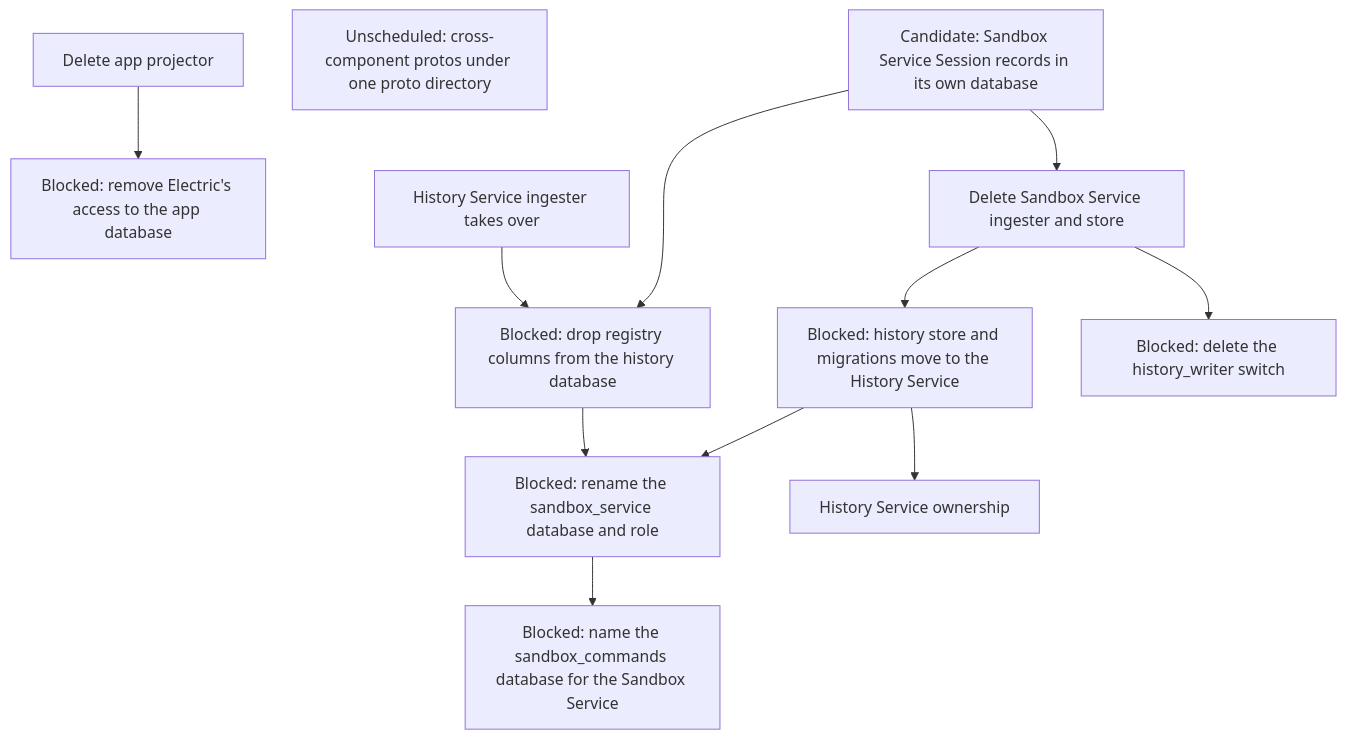
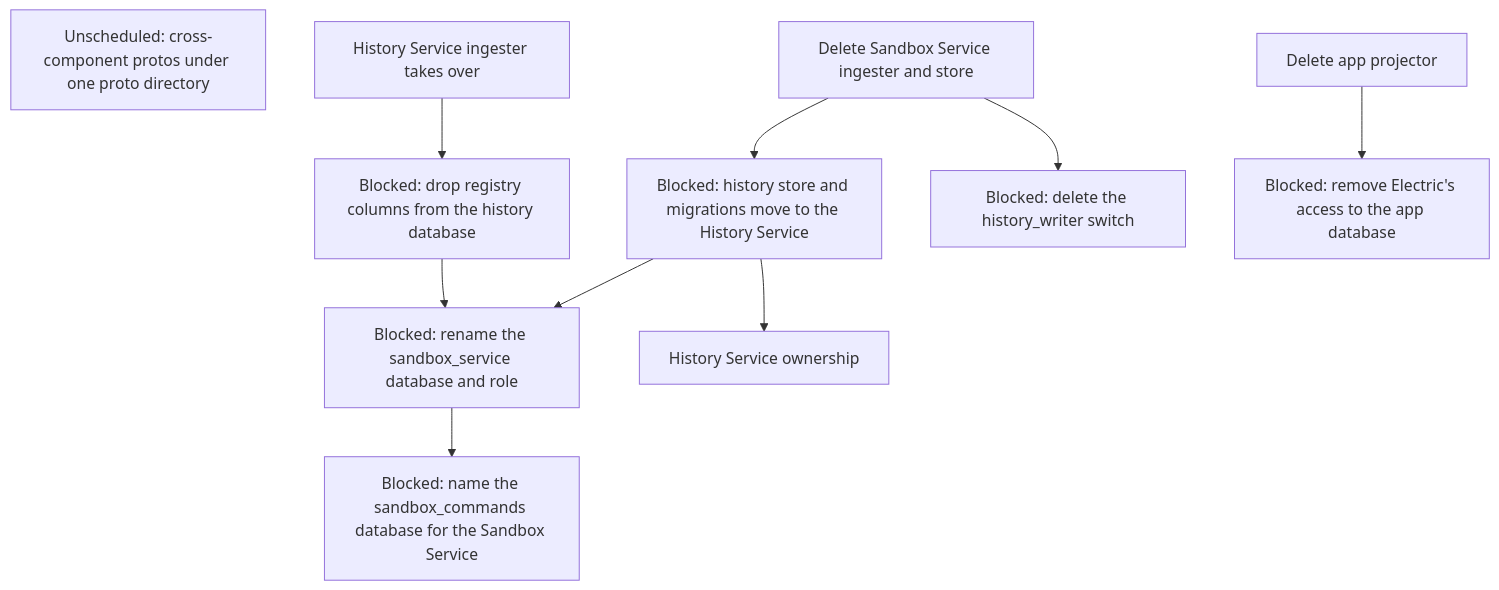
One commit to agentydragon/ducktape changed the tenth of 11 diagrams in agentplane/plans/task_dag.md. Above: the diagram before and after it, drawn with Mermaid. The commit also changed other lines of this file and 1 other file, not shown here.

First line of the commit message:
agentplane/plans: the Session registry move is verified on staging and testing

````diff
--- a/agentplane/plans/task_dag.md
+++ b/agentplane/plans/task_dag.md
@@ -844,25 +844,22 @@
 ```mermaid
 flowchart TD
-    SESSION_REGISTRY_MOVE[Candidate: Sandbox Service Session records in its own database]
     HISTORY_SESSION_COLUMNS_DROP[Blocked: drop registry columns from the history database]
     HISTORY_STORE_MOVE[Blocked: history store and migrations move to the History Service]
     HISTORY_WRITER_SWITCH_RETIRE[Blocked: delete the history_writer switch]
     HISTORY_DATABASE_RENAME[Blocked: rename the sandbox_service database and role]
     SANDBOX_DATABASE_RENAME[Blocked: name the sandbox_commands database for the Sandbox Service]
     APP_ELECTRIC_RETIRE[Blocked: remove Electric's access to the app database]
     PROTO_DIRECTORY[Unscheduled: cross-component protos under one proto directory]
     HISTORY_WRITE_HANDOFF[History Service ingester takes over]
     SANDBOX_LOCAL_HISTORY_RETIRE[Delete Sandbox Service ingester and store]
     APP_PROJECTOR_RETIRE[Delete app projector]
     HISTORY_SERVICE_OWNERSHIP[History Service ownership]
-    SESSION_REGISTRY_MOVE --> SANDBOX_LOCAL_HISTORY_RETIRE
-    SESSION_REGISTRY_MOVE --> HISTORY_SESSION_COLUMNS_DROP
     HISTORY_WRITE_HANDOFF --> HISTORY_SESSION_COLUMNS_DROP
     SANDBOX_LOCAL_HISTORY_RETIRE --> HISTORY_STORE_MOVE
     SANDBOX_LOCAL_HISTORY_RETIRE --> HISTORY_WRITER_SWITCH_RETIRE
     HISTORY_STORE_MOVE --> HISTORY_SERVICE_OWNERSHIP
     HISTORY_STORE_MOVE --> HISTORY_DATABASE_RENAME
     HISTORY_SESSION_COLUMNS_DROP --> HISTORY_DATABASE_RENAME
     HISTORY_DATABASE_RENAME --> SANDBOX_DATABASE_RENAME
     APP_PROJECTOR_RETIRE --> APP_ELECTRIC_RETIRE
 ```
````
